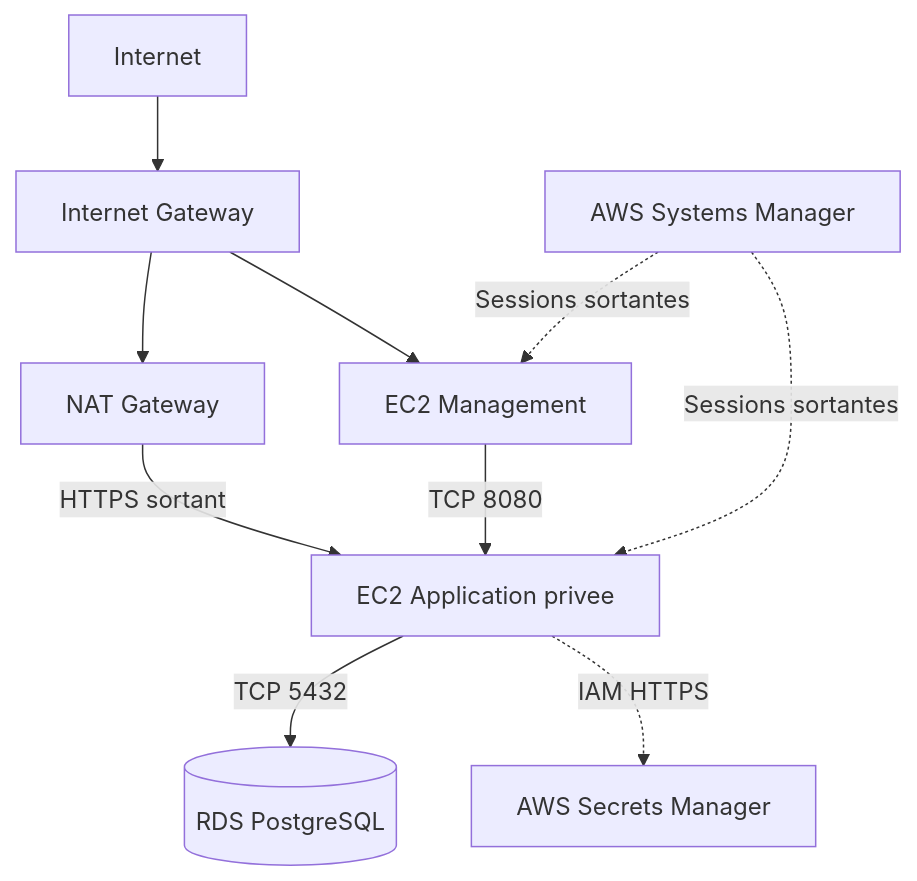
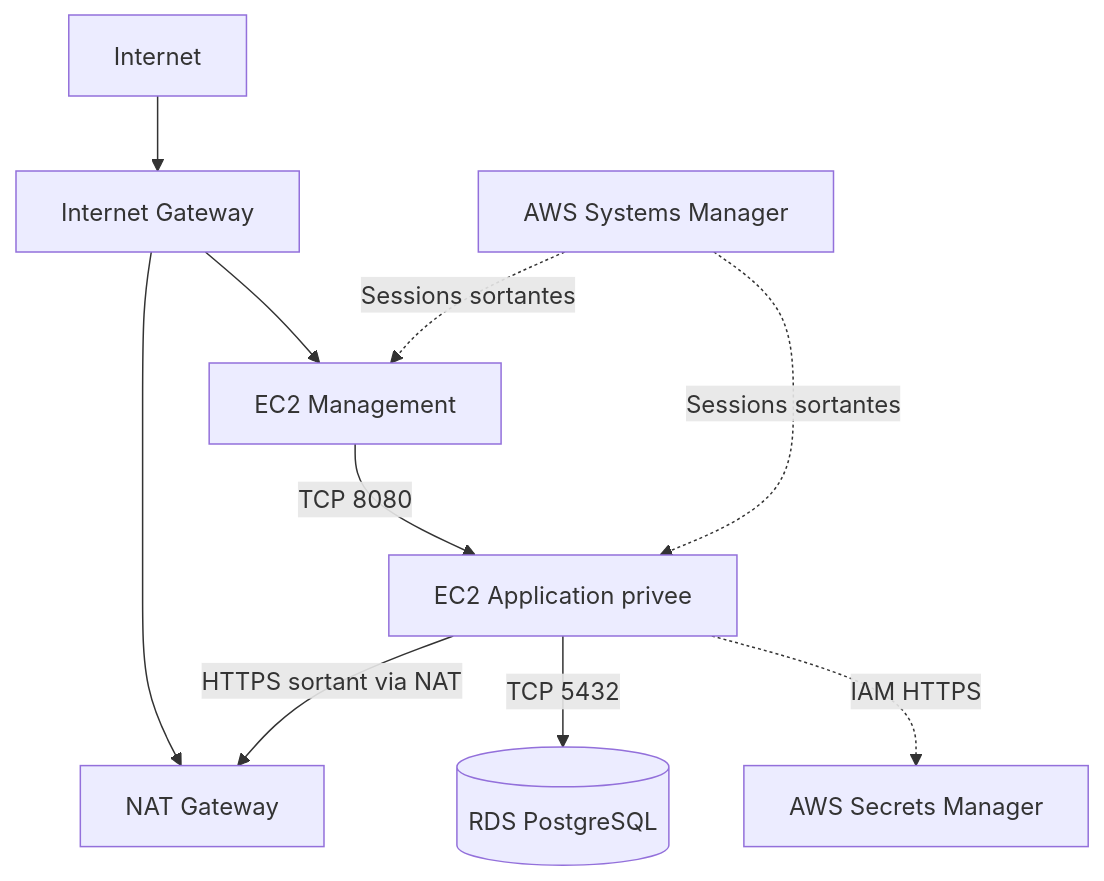
The diagram in docs/architecture.md (samichapelle/ironhaven-aws-infrastructure), drawn with Mermaid before and after one commit. The commit also changed other lines of this file and 15 other files, not shown here.

````diff
--- a/docs/architecture.md
+++ b/docs/architecture.md
@@ -20,21 +20,21 @@
 ```mermaid
 flowchart TD
     Internet[Internet]
     IGW[Internet Gateway]
     NAT[NAT Gateway]
     MGMT[EC2 Management]
     APP[EC2 Application privee]
     RDS[(RDS PostgreSQL)]
     SM[AWS Secrets Manager]
     SSM[AWS Systems Manager]
 
     Internet --> IGW
     IGW --> MGMT
     IGW --> NAT
-    NAT -->|HTTPS sortant| APP
+    APP -->|HTTPS sortant via NAT| NAT
     MGMT -->|TCP 8080| APP
     APP -->|TCP 5432| RDS
     APP -.->|IAM HTTPS| SM
     SSM -.->|Sessions sortantes| APP
     SSM -.->|Sessions sortantes| MGMT
 ```
````
